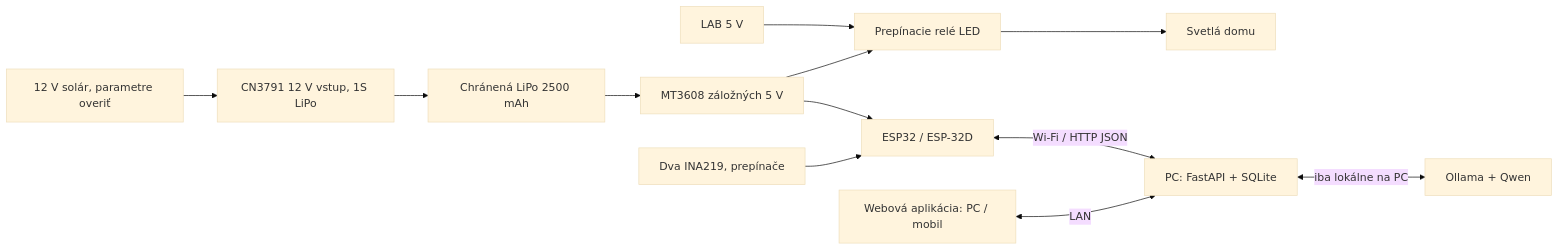
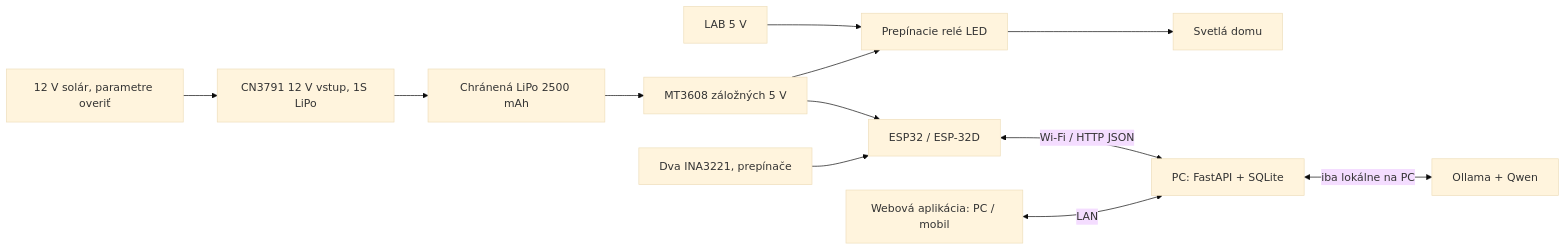
The diagram in docs/AKO-TO-FUNGUJE.md (matejzm2019/SOC), drawn with Mermaid (base theme) before and after one commit. The commit also changed other lines of this file and 29 other files, not shown here.

````diff
--- a/docs/AKO-TO-FUNGUJE.md
+++ b/docs/AKO-TO-FUNGUJE.md
@@ -7,14 +7,14 @@
 ```mermaid
 flowchart LR
  P["12 V solár, parametre overiť"] --> C["CN3791 12 V vstup, 1S LiPo"]
  C --> B[Chránená LiPo 2500 mAh]
  B --> M[MT3608 záložných 5 V]
  L[LAB 5 V] --> R[Prepínacie relé LED]
  M --> R
  R --> LED[Svetlá domu]
  M --> E["ESP32 / ESP-32D"]
- I[Dva INA219, prepínače] --> E
+ I[Dva INA3221, prepínače] --> E
  E <-->|Wi-Fi / HTTP JSON| S[PC: FastAPI + SQLite]
  S <-->|iba lokálne na PC| AI[Ollama + Qwen]
  WEB[Webová aplikácia: PC / mobil] <-->|LAN| S
 ```
````
